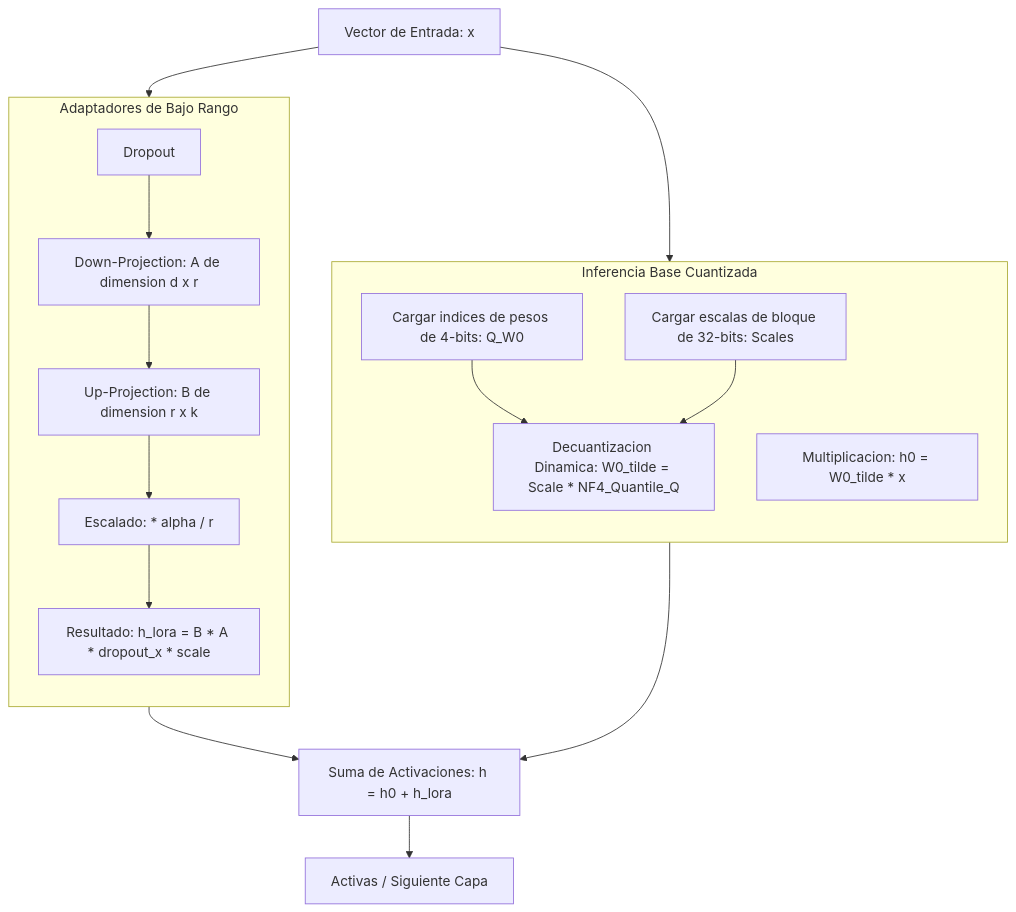
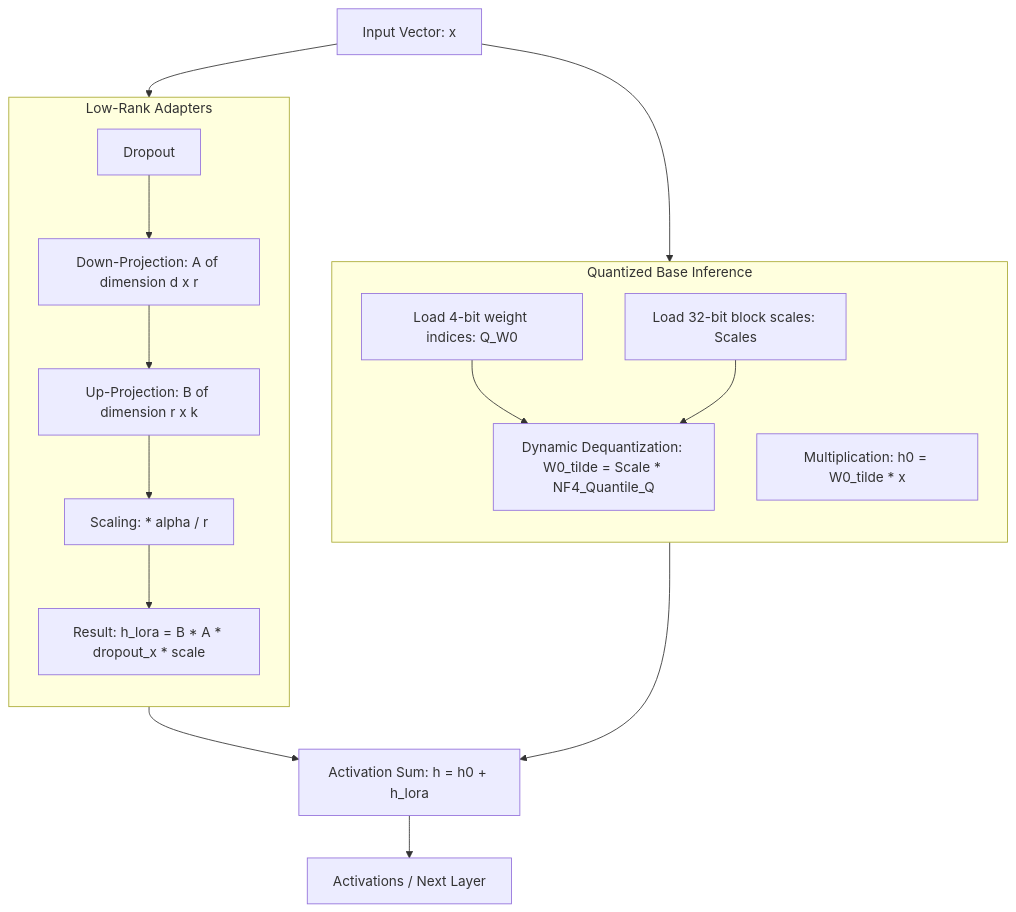
The diagram in README.md (juanmmm21/llm-qlora-finetuner), drawn with Mermaid before and after one commit. The commit also changed other lines of this file, not shown here.

````diff
--- a/README.md
+++ b/README.md
@@ -11,27 +11,27 @@
 ```mermaid
 flowchart TD
-    Input[Vector de Entrada: x] --> FrozenBranch[Rama Base Cuantizada - Congelada]
-    Input --> LoraBranch[Rama Adaptadora LoRA - Entrenable]
+    Input[Input Vector: x] --> FrozenBranch[Quantized Base Branch - Frozen]
+    Input --> LoraBranch[LoRA Adapter Branch - Trainable]
     
-    subgraph FrozenBranch [Inferencia Base Cuantizada]
+    subgraph FrozenBranch [Quantized Base Inference]
         direction TB
-        LoadIndices[Cargar indices de pesos de 4-bits: Q_W0]
-        LoadScales[Cargar escalas de bloque de 32-bits: Scales]
-        Dequantize[Decuantizacion Dinamica: W0_tilde = Scale * NF4_Quantile_Q]
-        MatMulBase[Multiplicacion: h0 = W0_tilde * x]
+        LoadIndices[Load 4-bit weight indices: Q_W0]
+        LoadScales[Load 32-bit block scales: Scales]
+        Dequantize[Dynamic Dequantization: W0_tilde = Scale * NF4_Quantile_Q]
+        MatMulBase[Multiplication: h0 = W0_tilde * x]
         LoadIndices --> Dequantize
         LoadScales --> Dequantize
     end
     
-    subgraph LoraBranch [Adaptadores de Bajo Rango]
+    subgraph LoraBranch [Low-Rank Adapters]
         direction TB
-        Dropout[Dropout] --> DownProj[Down-Projection: A de dimension d x r]
-        DownProj --> UpProj[Up-Projection: B de dimension r x k]
-        UpProj --> Scale[Escalado: * alpha / r]
-        Scale --> MatMulLora[Resultado: h_lora = B * A * dropout_x * scale]
+        Dropout[Dropout] --> DownProj[Down-Projection: A of dimension d x r]
+        DownProj --> UpProj[Up-Projection: B of dimension r x k]
+        UpProj --> Scale[Scaling: * alpha / r]
+        Scale --> MatMulLora[Result: h_lora = B * A * dropout_x * scale]
     end
     
-    MatMulBase --> Sum[Suma de Activaciones: h = h0 + h_lora]
+    MatMulBase --> Sum[Activation Sum: h = h0 + h_lora]
     MatMulLora --> Sum
-    Sum --> Output[Activas / Siguiente Capa]
+    Sum --> Output[Activations / Next Layer]
 ```
````
